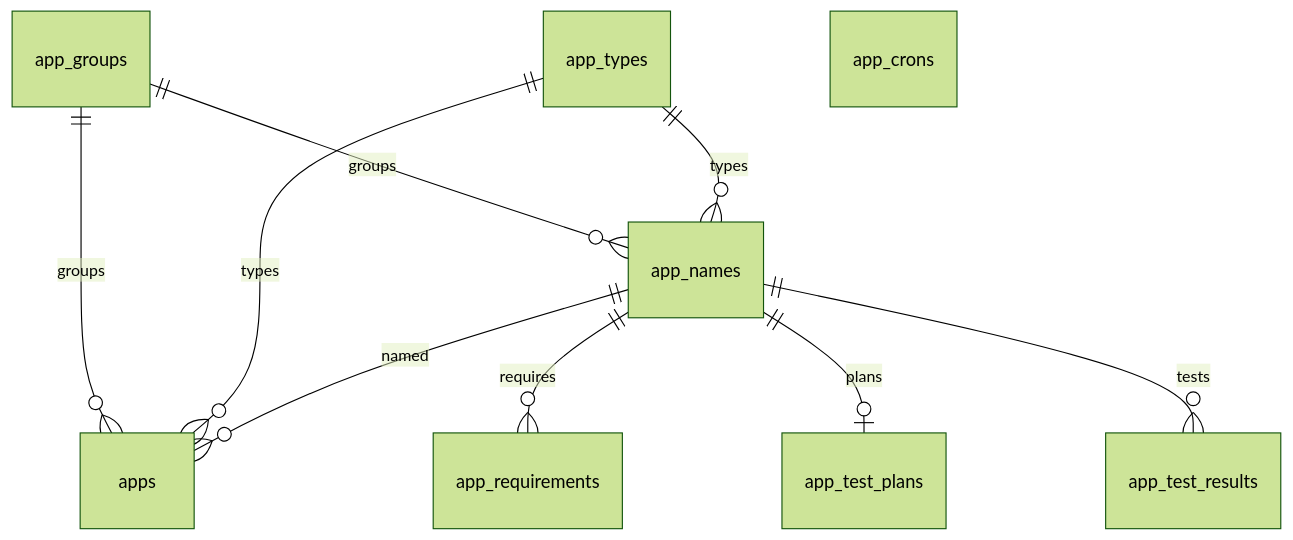
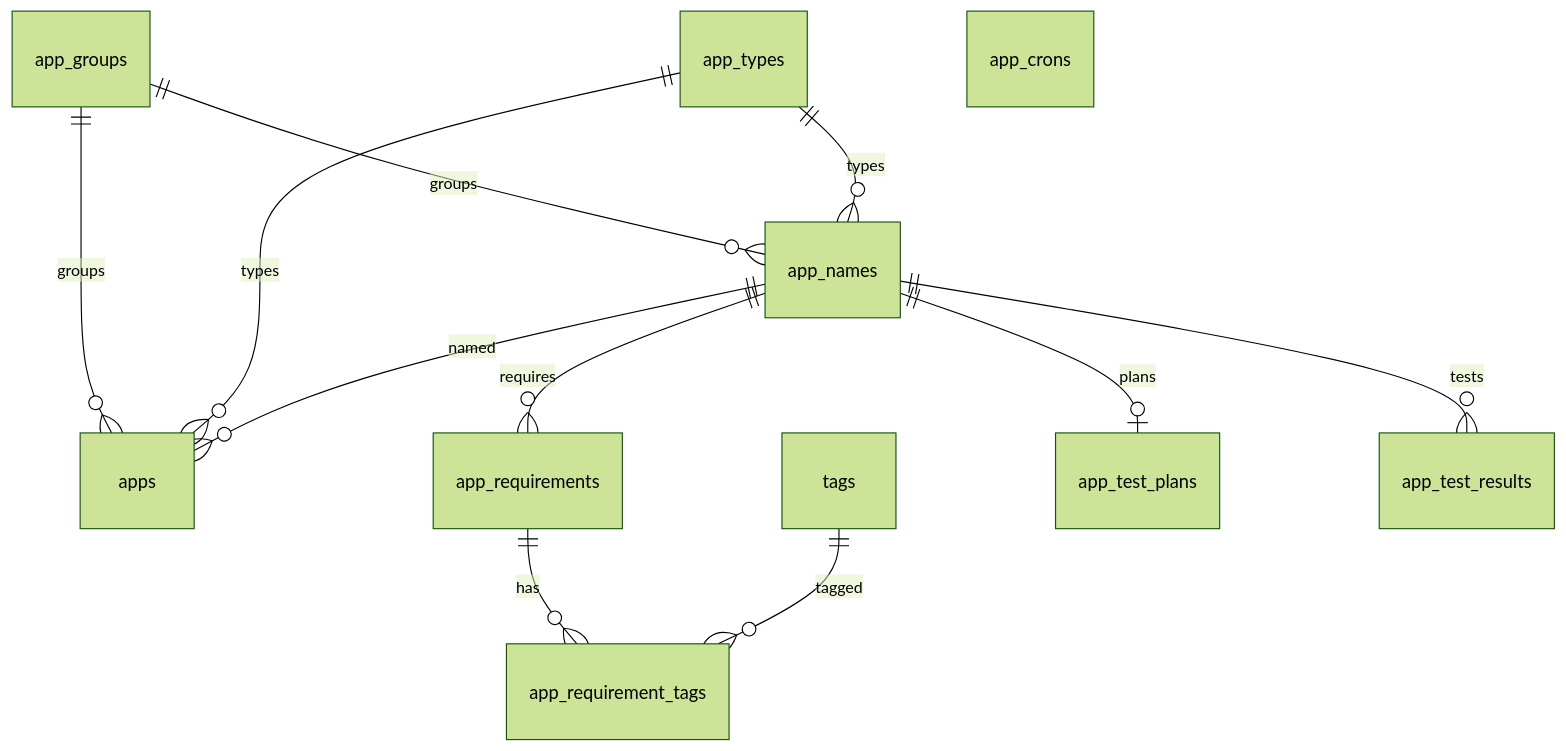
One commit to ssstakahashi/ai-org changed the third of 4 diagrams in docs/database.md. Above: the diagram before and after it, drawn with Mermaid (forest theme). The commit also changed other lines of this file and 13 other files, not shown here.

````diff
--- a/docs/database.md
+++ b/docs/database.md
@@ -48,12 +48,14 @@
 ```mermaid
 erDiagram
   app_groups ||--o{ app_names : groups
   app_types ||--o{ app_names : types
   app_groups ||--o{ apps : groups
   app_types ||--o{ apps : types
   app_names ||--o{ apps : named
   app_names ||--o{ app_requirements : requires
+  app_requirements ||--o{ app_requirement_tags : has
+  tags ||--o{ app_requirement_tags : tagged
   app_names ||--o| app_test_plans : plans
   app_names ||--o{ app_test_results : tests
   app_crons
 ```
````
